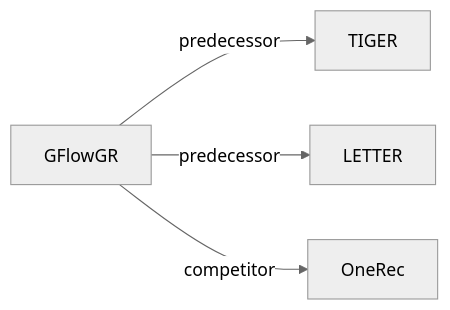
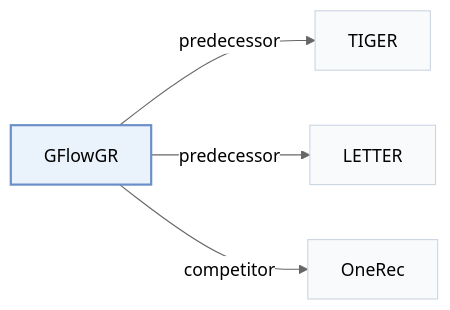
One commit to Galaxy-ghost/Awesome-SID-Generative-Rec changed the third of 3 diagrams in pages/papers/gflowgr.md. Above: the diagram before and after it, drawn with Mermaid (neutral theme). The commit also changed other lines of this file and 649 other files, not shown here.

Commit message:
writer-05: also tags and modality index (schema, check, build, visuals); summary field removed; calibration data for 12 papers

````diff
--- a/pages/papers/gflowgr.md
+++ b/pages/papers/gflowgr.md
@@ -136,7 +137,11 @@
 ```mermaid
 flowchart LR
     P["GFlowGR"]
-    P -->|predecessor| A["TIGER"]
-    P -->|predecessor| B["LETTER"]
-    P -->|competitor| C["OneRec"]
+    P -->|"predecessor"| A["TIGER"]
+    P -->|"predecessor"| B["LETTER"]
+    P -->|"competitor"| C["OneRec"]
+    classDef main fill:#eaf2fb,stroke:#6b8fc7,stroke-width:2px
+    classDef peer fill:#f8fafc,stroke:#cbd5e1
+    class P main
+    class A,B,C peer
 ```
````
